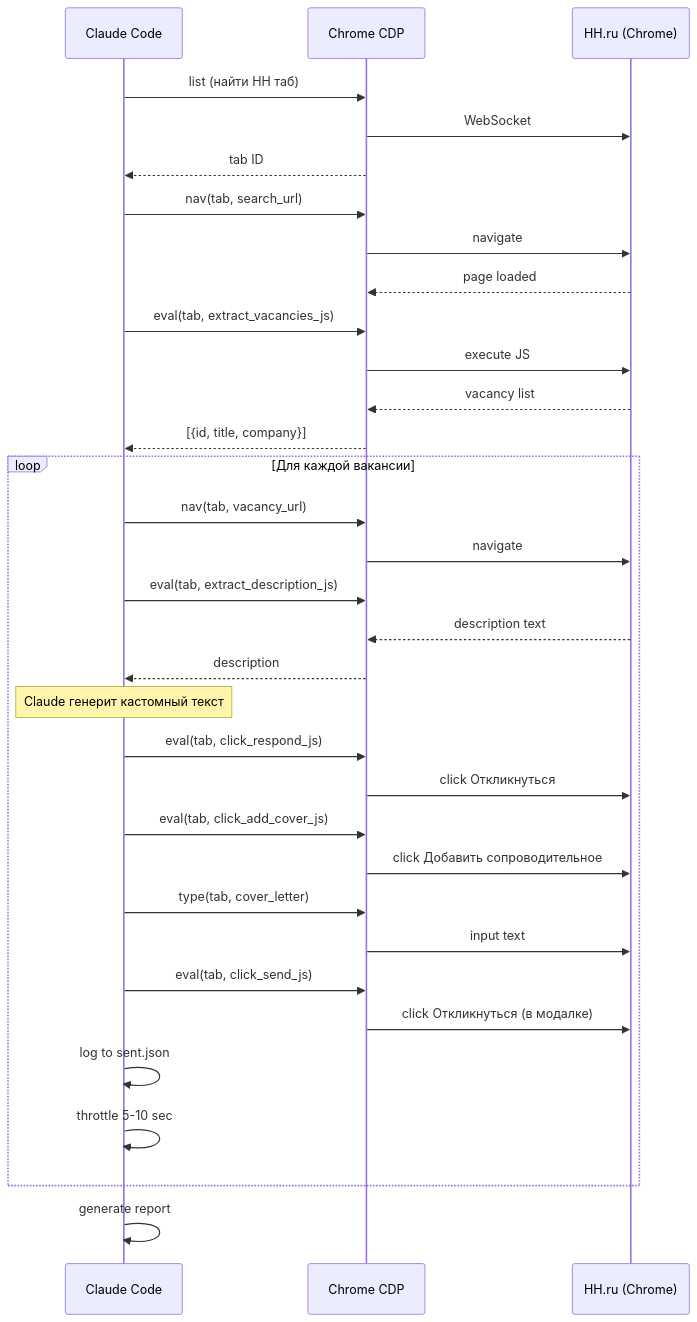
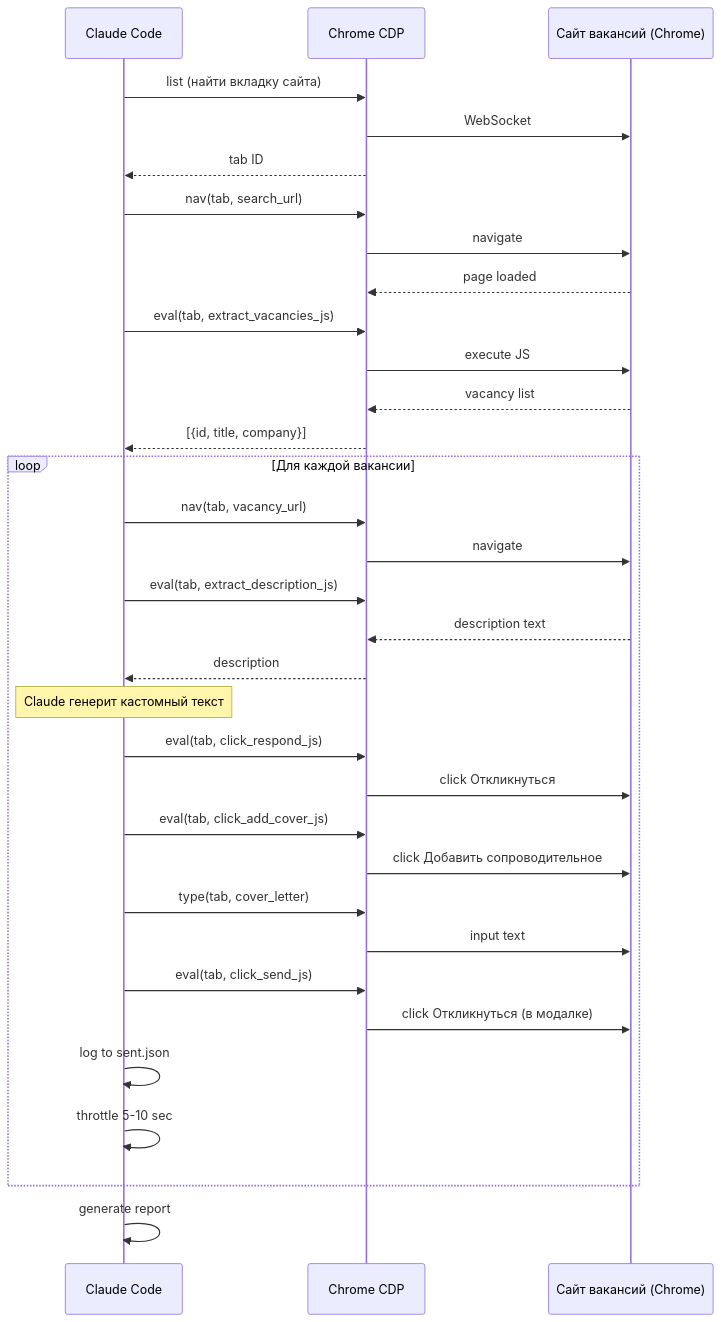
The second of 3 diagrams in Architecture.md (TimmyZinin/vacancy-outreach-skill), drawn with Mermaid before and after one commit. The commit also changed other lines of this file and 5 other files, not shown here.

````diff
--- a/Architecture.md
+++ b/Architecture.md
@@ -44,43 +44,43 @@
 ```mermaid
 sequenceDiagram
     participant C as Claude Code
     participant CDP as Chrome CDP
-    participant HH as HH.ru (Chrome)
+    participant SITE as Сайт вакансий (Chrome)
     
-    C->>CDP: list (найти HH таб)
-    CDP->>HH: WebSocket
+    C->>CDP: list (найти вкладку сайта)
+    CDP->>SITE: WebSocket
     CDP-->>C: tab ID
     
     C->>CDP: nav(tab, search_url)
-    CDP->>HH: navigate
-    HH-->>CDP: page loaded
+    CDP->>SITE: navigate
+    SITE-->>CDP: page loaded
     
     C->>CDP: eval(tab, extract_vacancies_js)
-    CDP->>HH: execute JS
-    HH-->>CDP: vacancy list
+    CDP->>SITE: execute JS
+    SITE-->>CDP: vacancy list
     CDP-->>C: [{id, title, company}]
     
     loop Для каждой вакансии
         C->>CDP: nav(tab, vacancy_url)
-        CDP->>HH: navigate
+        CDP->>SITE: navigate
         C->>CDP: eval(tab, extract_description_js)
-        HH-->>CDP: description text
+        SITE-->>CDP: description text
         CDP-->>C: description
         
         Note over C: Claude генерит кастомный текст
         
         C->>CDP: eval(tab, click_respond_js)
-        CDP->>HH: click Откликнуться
+        CDP->>SITE: click Откликнуться
         C->>CDP: eval(tab, click_add_cover_js)
-        CDP->>HH: click Добавить сопроводительное
+        CDP->>SITE: click Добавить сопроводительное
         C->>CDP: type(tab, cover_letter)
-        CDP->>HH: input text
+        CDP->>SITE: input text
         C->>CDP: eval(tab, click_send_js)
-        CDP->>HH: click Откликнуться (в модалке)
+        CDP->>SITE: click Откликнуться (в модалке)
         
         C->>C: log to sent.json
         C->>C: throttle 5-10 sec
     end
     
     C->>C: generate report
 ```
````
